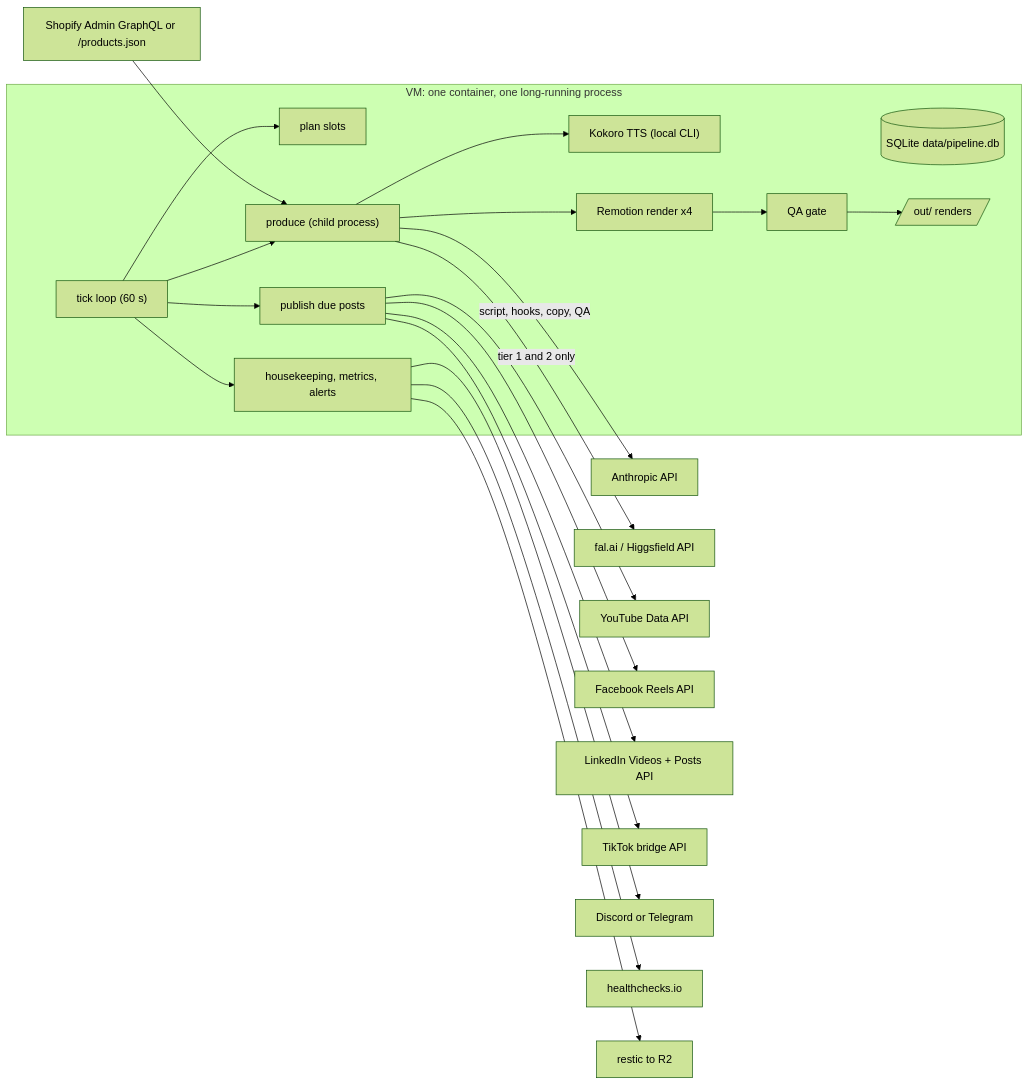
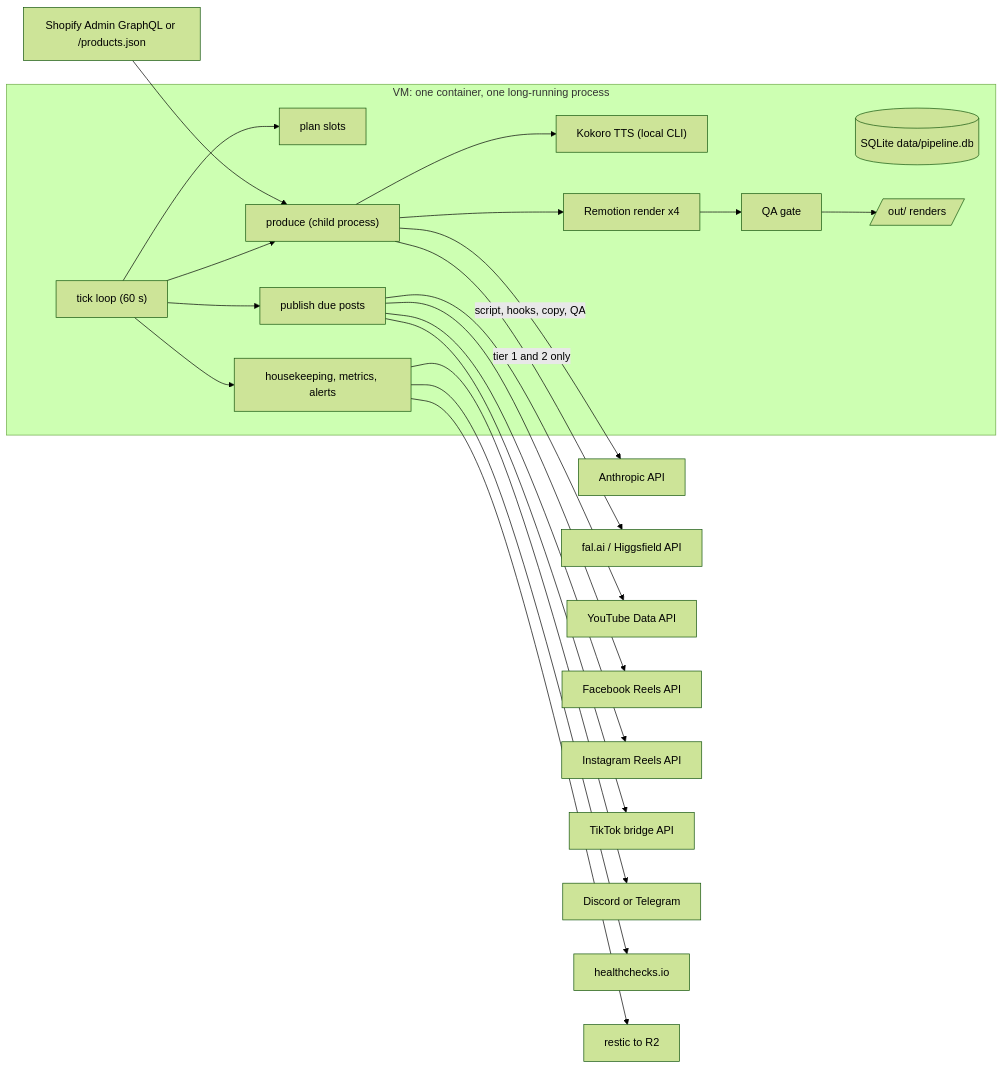
One commit to haashirk20/ds-automation-pipeline changed the diagram in docs/ARCHITECTURE.md. Above: the diagram before and after it, drawn with Mermaid (forest theme). The commit also changed other lines of this file and 14 other files, not shown here.

First line of the commit message:
feat: Instagram Reels replaces LinkedIn

````diff
--- a/docs/ARCHITECTURE.md
+++ b/docs/ARCHITECTURE.md
@@ -28,26 +28,26 @@
 ```mermaid
 flowchart LR
   subgraph VM["VM: one container, one long-running process"]
     LOOP["tick loop (60 s)"]
     LOOP --> PLAN["plan slots"]
     LOOP --> PROD["produce (child process)"]
     LOOP --> PUB["publish due posts"]
     LOOP --> OPS["housekeeping, metrics, alerts"]
     DB[("SQLite data/pipeline.db")]
     OUT[/"out/ renders"/]
     PROD --> TTS["Kokoro TTS (local CLI)"]
     PROD --> REN["Remotion render x4"]
     REN --> QA["QA gate"]
     QA --> OUT
   end
   SHOP["Shopify Admin GraphQL or /products.json"] --> PROD
   PROD -- "script, hooks, copy, QA" --> LLM["Anthropic API"]
   PROD -- "tier 1 and 2 only" --> CLIP["fal.ai / Higgsfield API"]
   PUB --> YT["YouTube Data API"]
   PUB --> FB["Facebook Reels API"]
-  PUB --> LI["LinkedIn Videos + Posts API"]
+  PUB --> IG["Instagram Reels API"]
   PUB --> TT["TikTok bridge API"]
   OPS --> ALERT["Discord or Telegram"]
   OPS --> HC["healthchecks.io"]
   OPS --> BK["restic to R2"]
 ```
````
